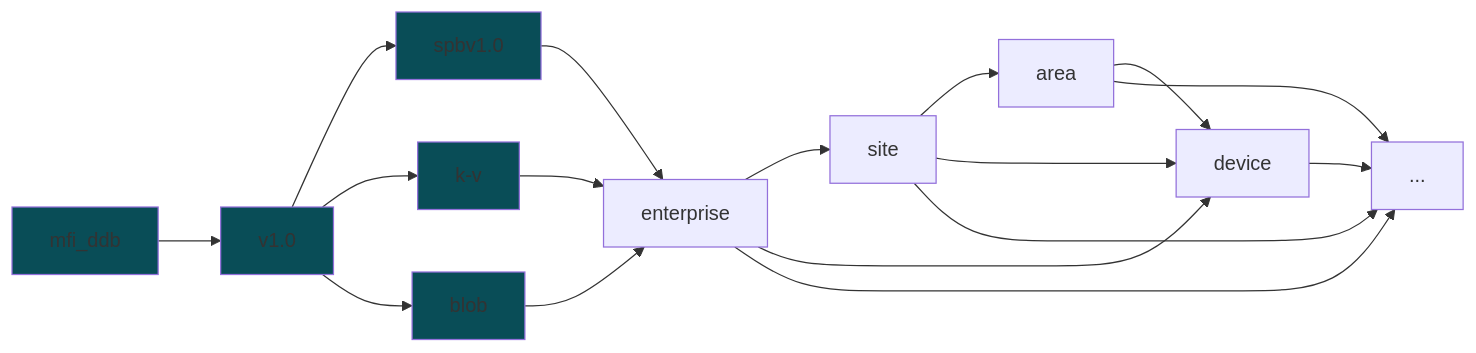
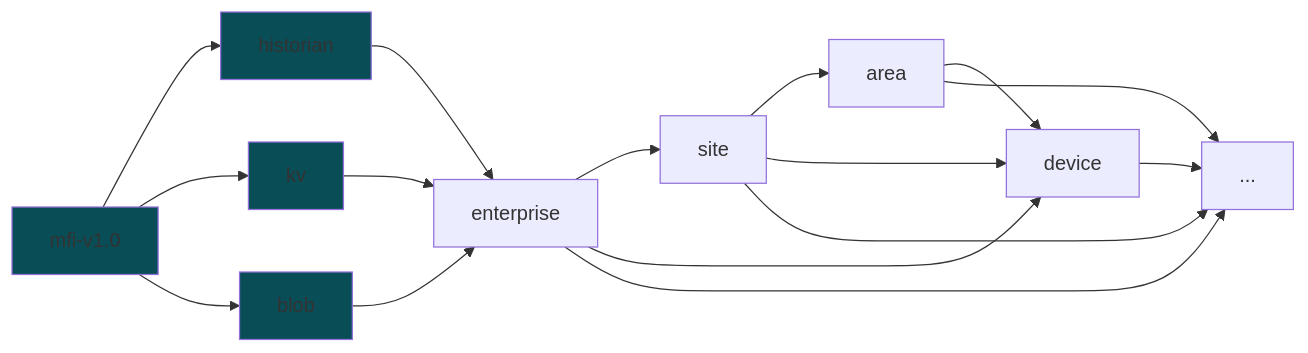
One commit to cmu-mfi/mfi_ddb_library changed the diagram in schema/README.md. Above: the diagram before and after it, drawn with Mermaid. The commit also changed other lines of this file and 2 other files, not shown here.

````diff
--- a/schema/README.md
+++ b/schema/README.md
@@ -13,20 +13,20 @@
 ```mermaid
 flowchart LR;
-    A[mfi_ddb]-->B[v1.0];
-    B --> C[spbv1.0] --> F["enterprise"];
-    B --> D[k-v] --> F;
+    B[mfi-v1.0];
+    B --> C[historian] --> F["enterprise"];
+    B --> D[kv] --> F;
     B --> E[blob] --> F;
     F --> G["site"];
     G --> H["area"];
     H --> I["device"];
     F --> I;
     G --> I;    
     I --> X["..."];
     F --> X;
     G --> X;
     H --> X;
 
 
     classDef highlight fill:#094d57
     class A,B,C,D,E highlight
 ```
````
